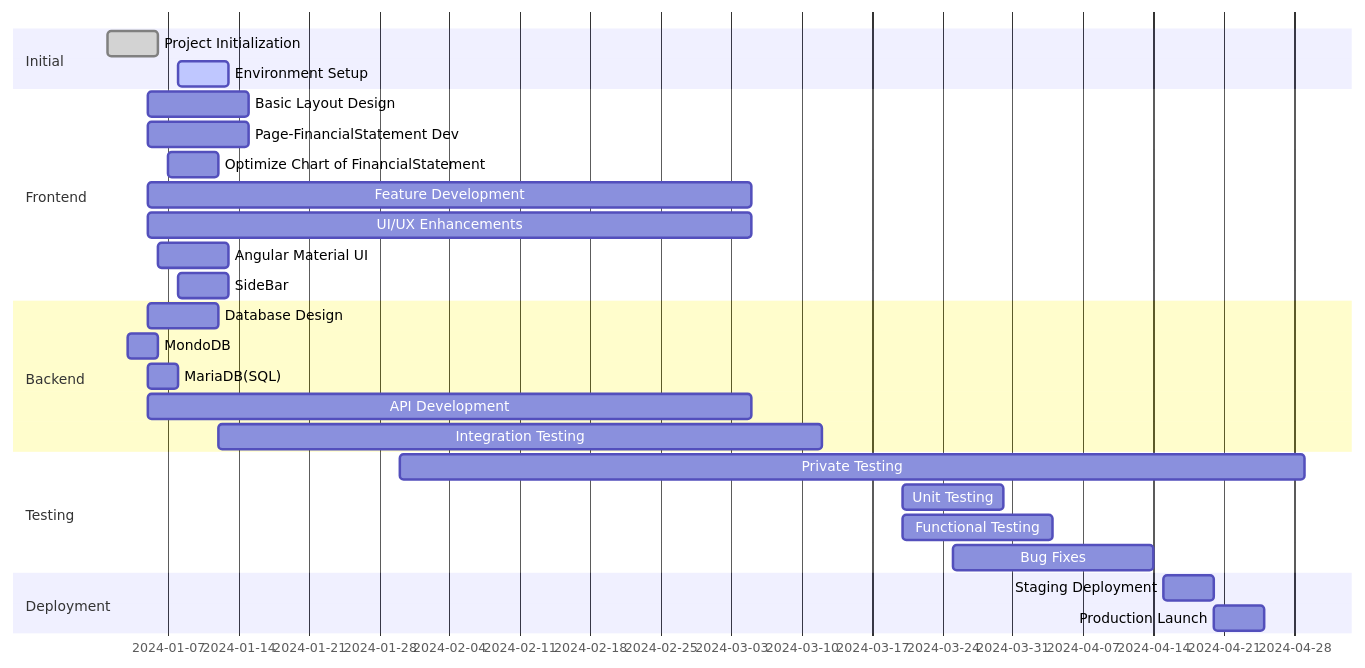
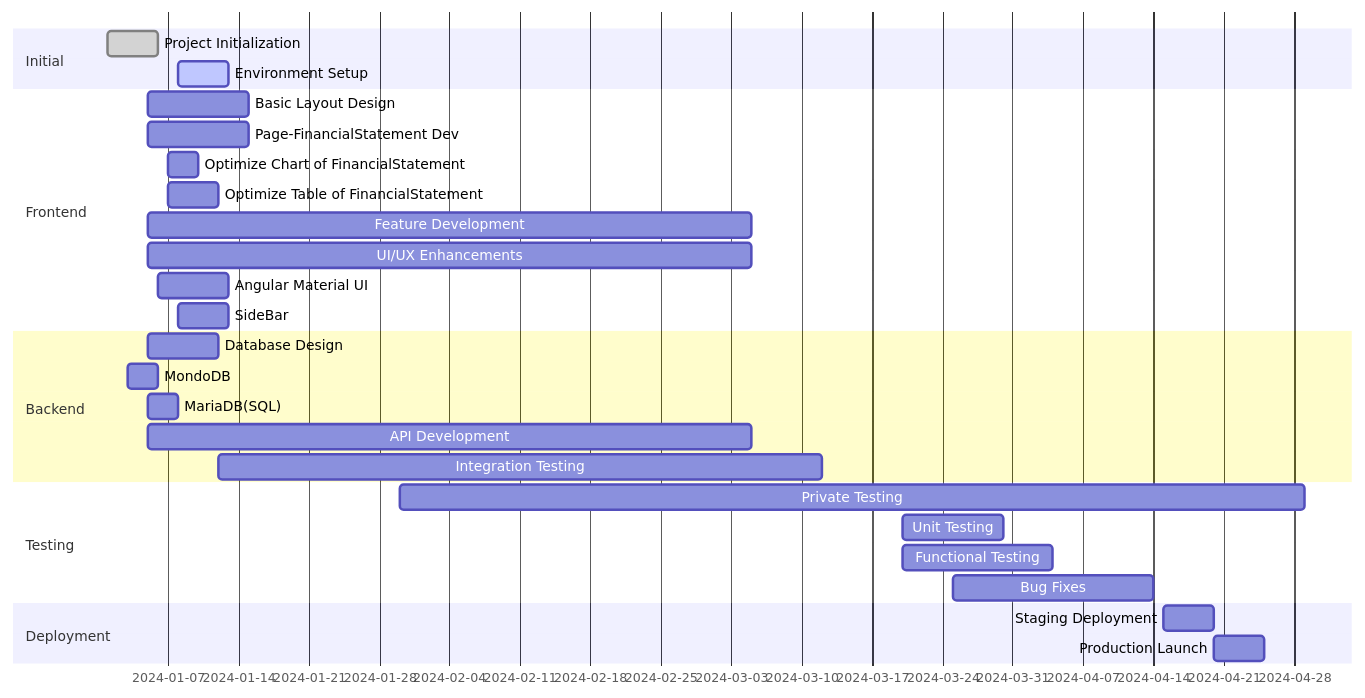
The first of 10 diagrams in README.md (lumduan/fireball-ng), drawn with Mermaid before and after one commit. The commit also changed other lines of this file and 10 other files, not shown here.

Commit message:
UPDATE: Update Function in income-statement-table2

````diff
--- a/README.md
+++ b/README.md
@@ -5,37 +5,39 @@
 ```mermaid
 gantt
 
 dateFormat YYYY-MM-DD
 
 section Initial
   Project Initialization :done, 2024-01-01, 5d
   Environment Setup     :active, after des1, 5d
 
 section Frontend
   Basic Layout Design   : 2024-01-05, 10d
   Page-FinancialStatement Dev : 2024-01-05, 10d
-  Optimize Chart of FinancialStatement : 2024-01-07, 5d
+  Optimize Chart of FinancialStatement : 2024-01-07, 3d
+  Optimize Table of FinancialStatement : 2024-01-07, 5d
+  
   Feature Development   : 2024-01-05, 60d
   UI/UX Enhancements    : 2024-01-05, 60d
   Angular Material UI : 2024-01-06,7d
   
   SideBar: 2024-01-08, 5d
 
 section Backend
   Database Design       : 2024-01-05, 7d
     MondoDB : 2024-01-03, 3d
     MariaDB(SQL) : 2024-01-05, 3d
   API Development       : 2024-01-05, 60d
   Integration Testing   : 2024-01-12, 60d
 
 section Testing
   Private Testing : 2024-01-30, 90d
   Unit Testing          : 2024-03-20, 10d
   Functional Testing    : 2024-03-20, 15d
   Bug Fixes             :2024-03-25, 20d
 
 section Deployment
   Staging Deployment    : 2024-04-15, 5d
   Production Launch     : 2024-04-20, 5d
 
 ```
````
